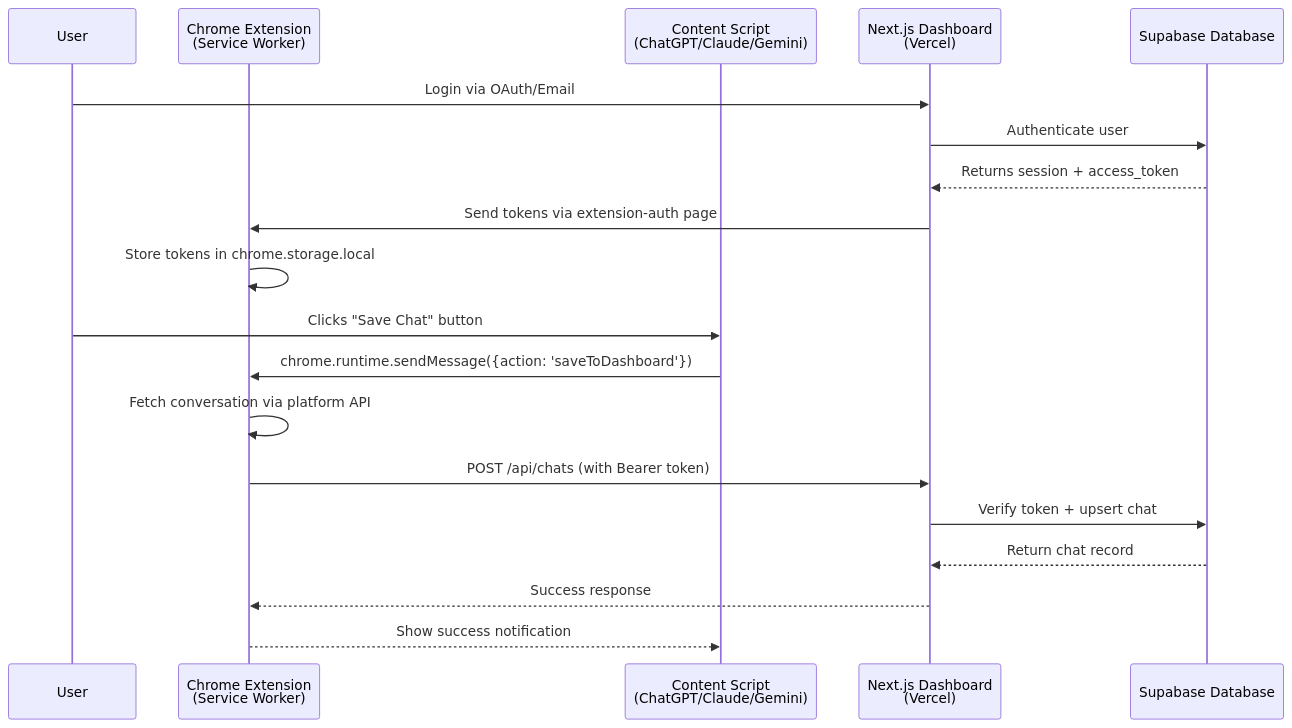
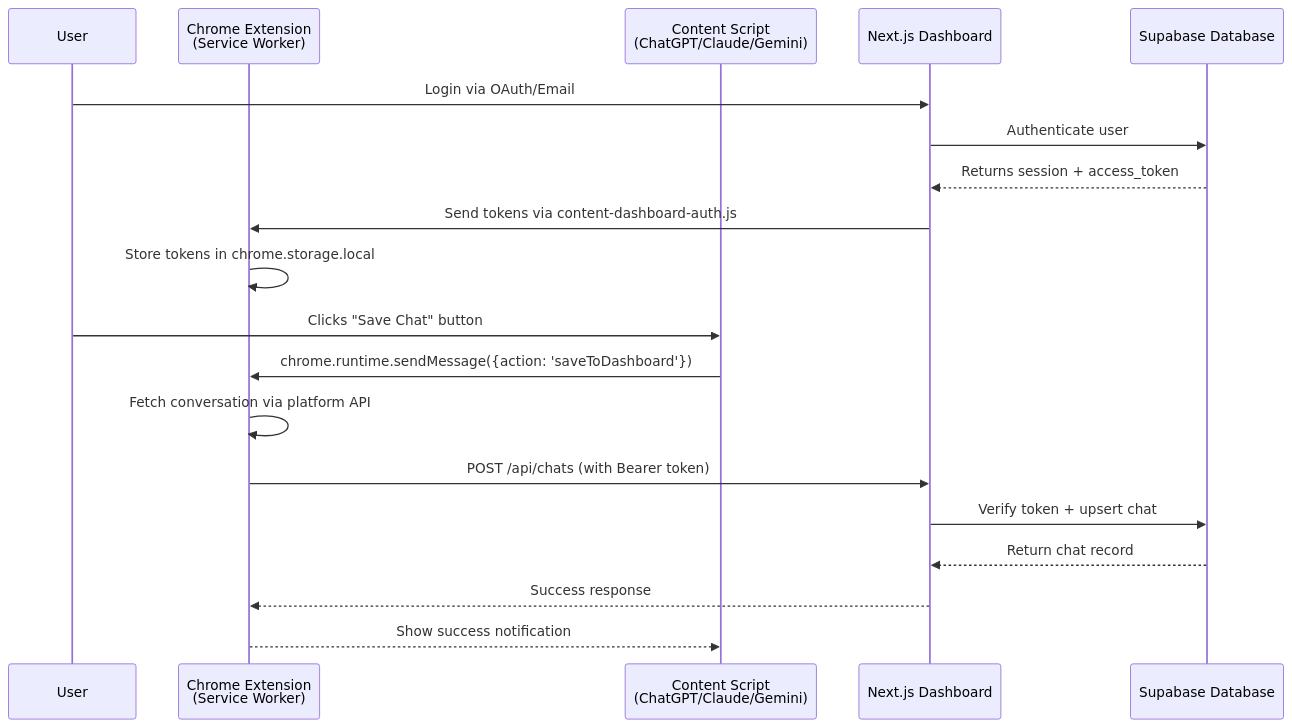
One commit to HackamViGo/Chat-Organizer changed the first of 3 diagrams in docs/technical/SYNC_PROTOCOL.md. Above: the diagram before and after it, drawn with Mermaid. The commit also changed other lines of this file and 96 other files, not shown here.

````diff
--- a/docs/technical/SYNC_PROTOCOL.md
+++ b/docs/technical/SYNC_PROTOCOL.md
@@ -15,23 +15,23 @@
 ```mermaid
 sequenceDiagram
     participant User
     participant Extension as Chrome Extension<br/>(Service Worker)
     participant ContentScript as Content Script<br/>(ChatGPT/Claude/Gemini)
-    participant Dashboard as Next.js Dashboard<br/>(Vercel)
+    participant Dashboard as Next.js Dashboard
     participant Supabase as Supabase Database
 
     User->>Dashboard: Login via OAuth/Email
     Dashboard->>Supabase: Authenticate user
     Supabase-->>Dashboard: Returns session + access_token
-    Dashboard->>Extension: Send tokens via extension-auth page
+    Dashboard->>Extension: Send tokens via content-dashboard-auth.js
     Extension->>Extension: Store tokens in chrome.storage.local
 
     User->>ContentScript: Clicks "Save Chat" button
     ContentScript->>Extension: chrome.runtime.sendMessage({action: 'saveToDashboard'})
     Extension->>Extension: Fetch conversation via platform API
     Extension->>Dashboard: POST /api/chats (with Bearer token)
     Dashboard->>Supabase: Verify token + upsert chat
     Supabase-->>Dashboard: Return chat record
     Dashboard-->>Extension: Success response
     Extension-->>ContentScript: Show success notification
 ```
````
